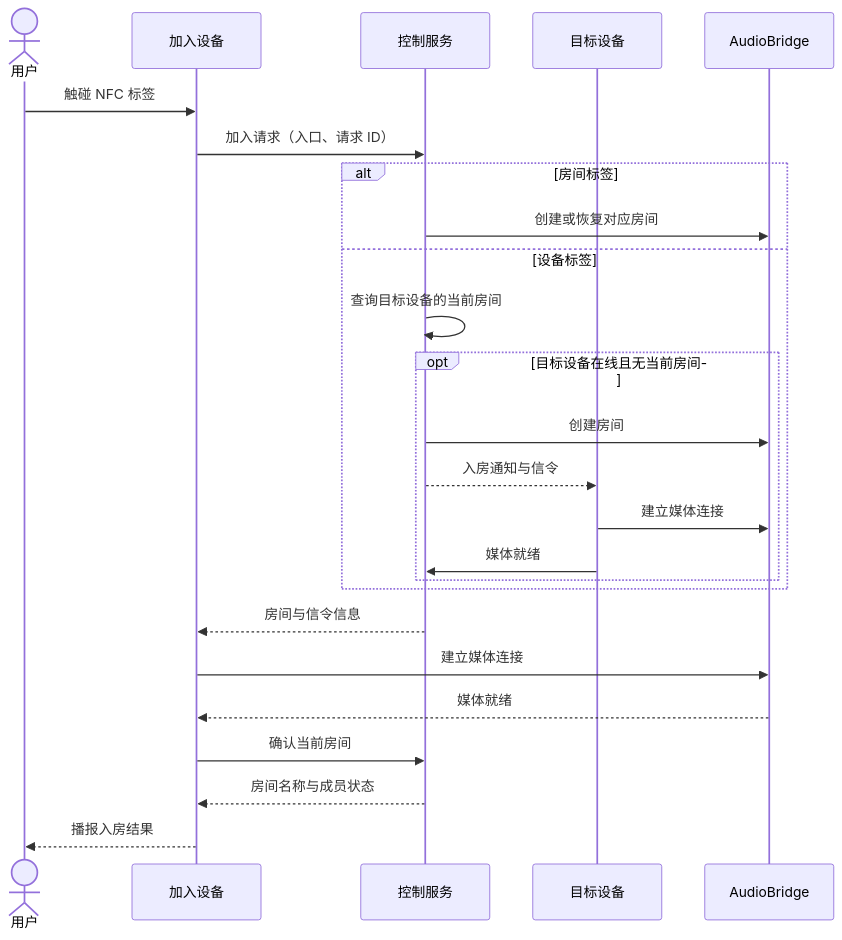
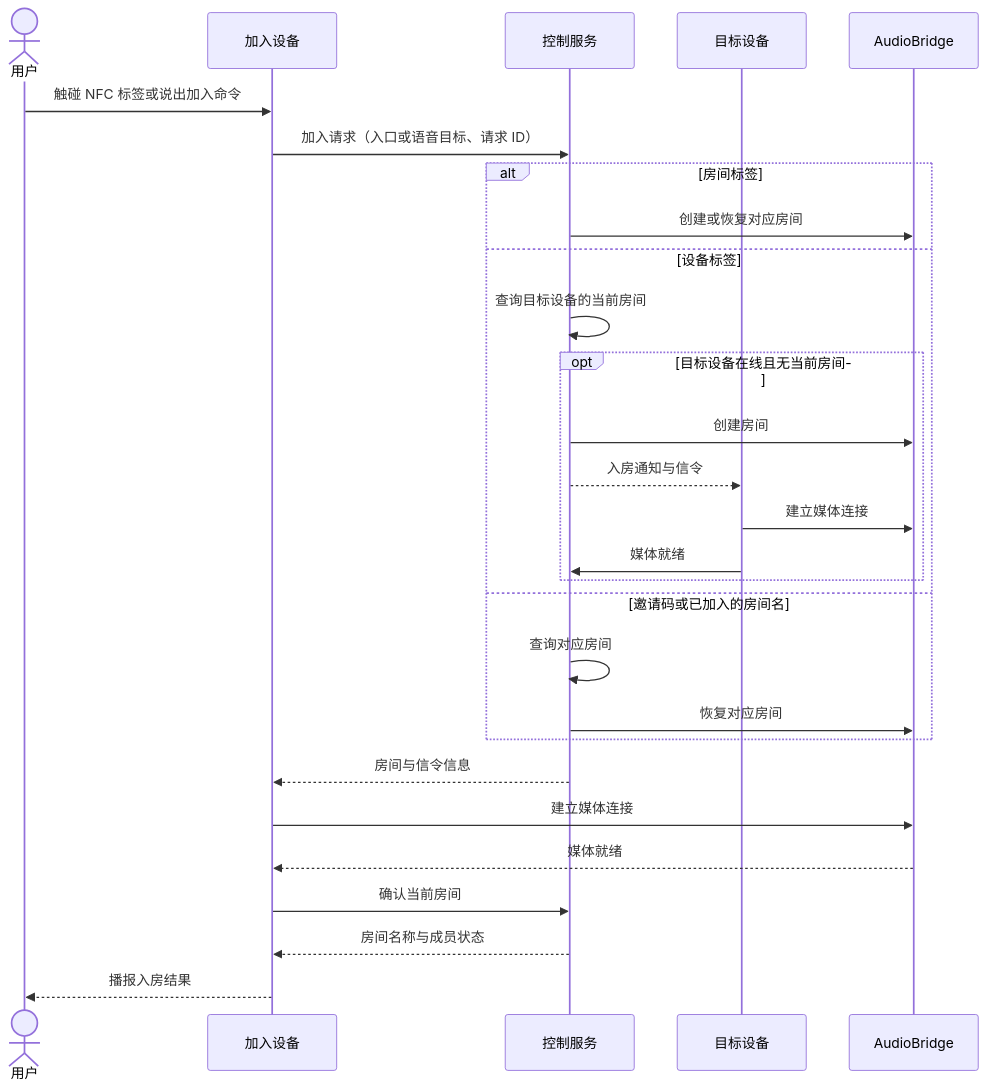
One commit to Shi1xin/linx-intercom changed the third of 7 diagrams in docs/architecture-design.md. Above: the diagram before and after it, drawn with Mermaid. The commit also changed other lines of this file and 1 other file, not shown here.

````diff
--- a/docs/architecture-design.md
+++ b/docs/architecture-design.md
@@ -79,27 +79,30 @@
 ```mermaid
 sequenceDiagram
     actor U as 用户
     participant D as 加入设备
     participant C as 控制服务
     participant P as 目标设备
     participant J as AudioBridge
-    U->>D: 触碰 NFC 标签
-    D->>C: 加入请求（入口、请求 ID）
+    U->>D: 触碰 NFC 标签或说出加入命令
+    D->>C: 加入请求（入口或语音目标、请求 ID）
     alt 房间标签
         C->>J: 创建或恢复对应房间
     else 设备标签
         C->>C: 查询目标设备的当前房间
         opt 目标设备在线且无当前房间
             C->>J: 创建房间
             C-->>P: 入房通知与信令
             P->>J: 建立媒体连接
             P->>C: 媒体就绪
         end
+    else 邀请码或已加入的房间名
+        C->>C: 查询对应房间
+        C->>J: 恢复对应房间
     end
     C-->>D: 房间与信令信息
     D->>J: 建立媒体连接
     J-->>D: 媒体就绪
     D->>C: 确认当前房间
     C-->>D: 房间名称与成员状态
     D-->>U: 播报入房结果
 ```
````
